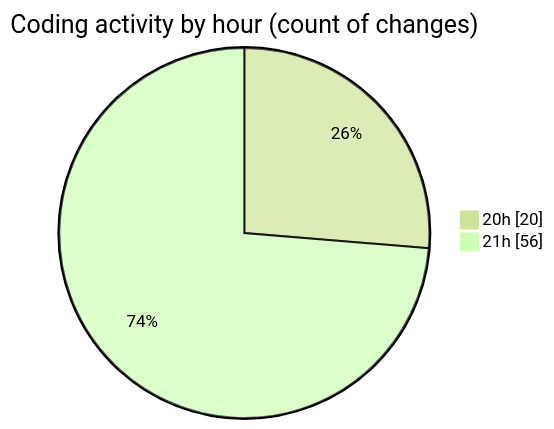
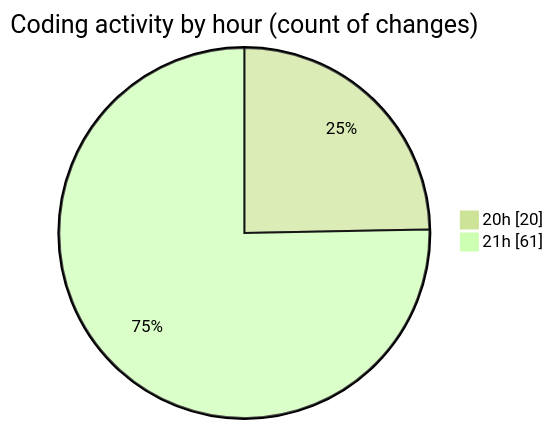
The second of 2 diagrams in 2025-08-19/quytuthien_vn/README.md (lephambinh05/code-tracking), drawn with Mermaid (forest theme) before and after one commit. The commit also changed other lines of this file and 1 other file, not shown here.

````diff
--- a/2025-08-19/quytuthien_vn/README.md
+++ b/2025-08-19/quytuthien_vn/README.md
@@ -87,6 +89,6 @@
 ```mermaid
 pie showData
 title Coding activity by hour (count of changes)
 "20h" : 20
-"21h" : 56
+"21h" : 61
 ```
````
